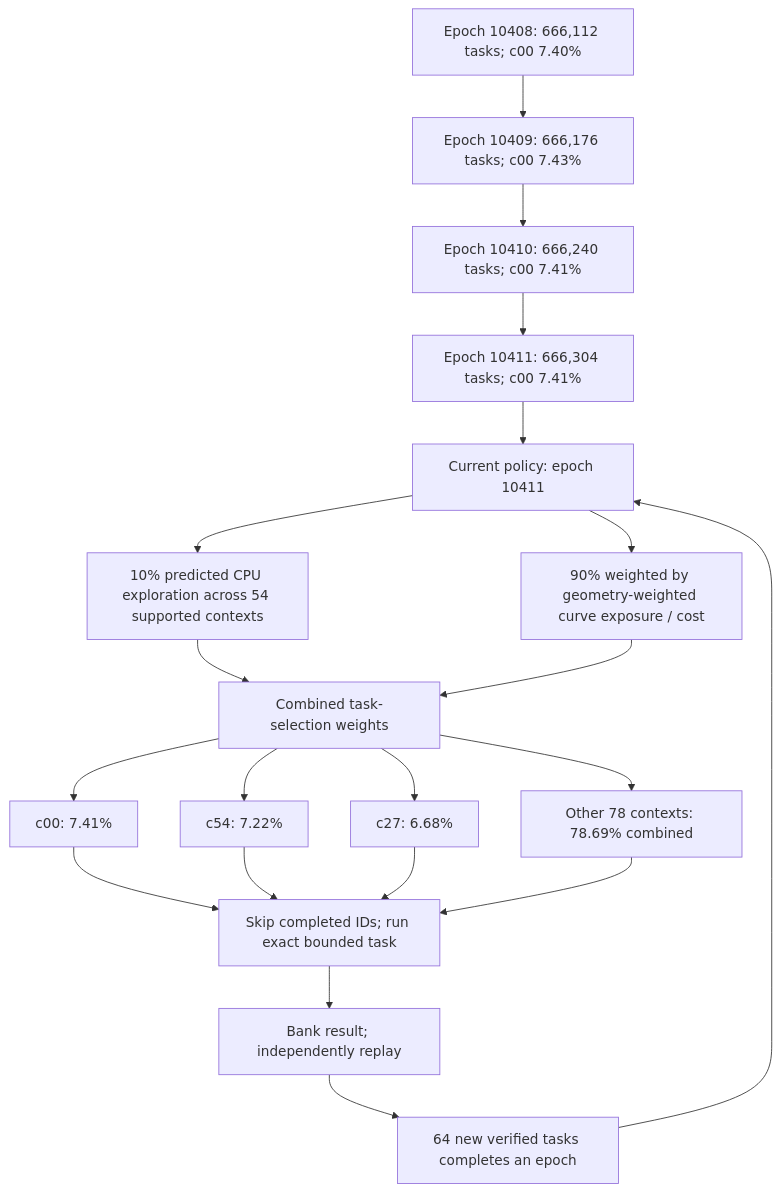
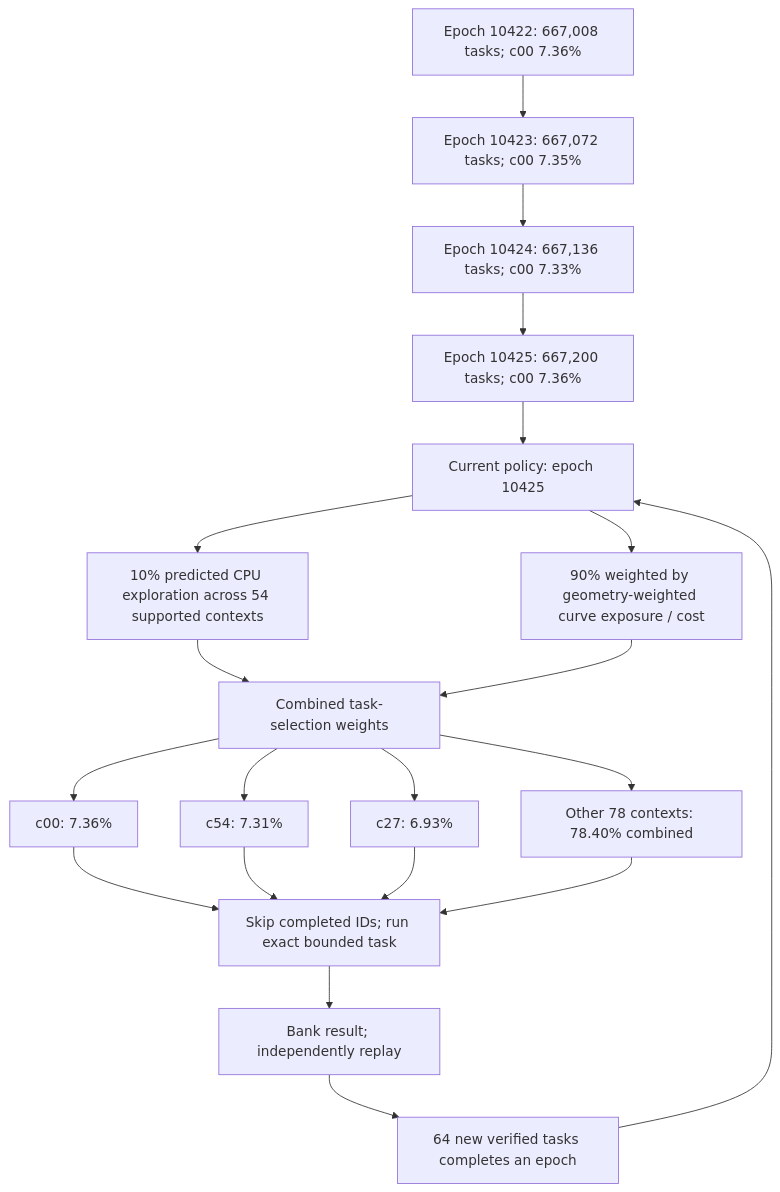
One commit to Kuberwastaken/math-gambling changed the first of 4 diagrams in README.md. Above: the diagram before and after it, drawn with Mermaid. The commit also changed other lines of this file and 2237 other files, not shown here.

````diff
--- a/README.md
+++ b/README.md
@@ -60,27 +60,27 @@
 ```mermaid
 flowchart TD
-    H0["Epoch 10408: 666,112 tasks; c00 7.40%"]
-    H1["Epoch 10409: 666,176 tasks; c00 7.43%"]
+    H0["Epoch 10422: 667,008 tasks; c00 7.36%"]
+    H1["Epoch 10423: 667,072 tasks; c00 7.35%"]
     H0 --> H1
-    H2["Epoch 10410: 666,240 tasks; c00 7.41%"]
+    H2["Epoch 10424: 667,136 tasks; c00 7.33%"]
     H1 --> H2
-    H3["Epoch 10411: 666,304 tasks; c00 7.41%"]
+    H3["Epoch 10425: 667,200 tasks; c00 7.36%"]
     H2 --> H3
-    Policy["Current policy: epoch 10411"]
+    Policy["Current policy: epoch 10425"]
     H3 --> Policy
     Policy --> Explore["10% predicted CPU exploration across 54 supported contexts"]
     Policy --> Cost["90% weighted by geometry-weighted curve exposure / cost"]
     Explore --> Mix["Combined task-selection weights"]
     Cost --> Mix
-    Mix --> C0["c00: 7.41%"]
-    Mix --> C1["c54: 7.22%"]
-    Mix --> C2["c27: 6.68%"]
-    Mix --> Rest["Other 78 contexts: 78.69% combined"]
+    Mix --> C0["c00: 7.36%"]
+    Mix --> C1["c54: 7.31%"]
+    Mix --> C2["c27: 6.93%"]
+    Mix --> Rest["Other 78 contexts: 78.40% combined"]
     C0 --> Check["Skip completed IDs; run exact bounded task"]
     C1 --> Check
     C2 --> Check
     Rest --> Check
     Check --> Replay["Bank result; independently replay"]
     Replay --> Gate["64 new verified tasks completes an epoch"]
     Gate --> Policy
 ```
````
